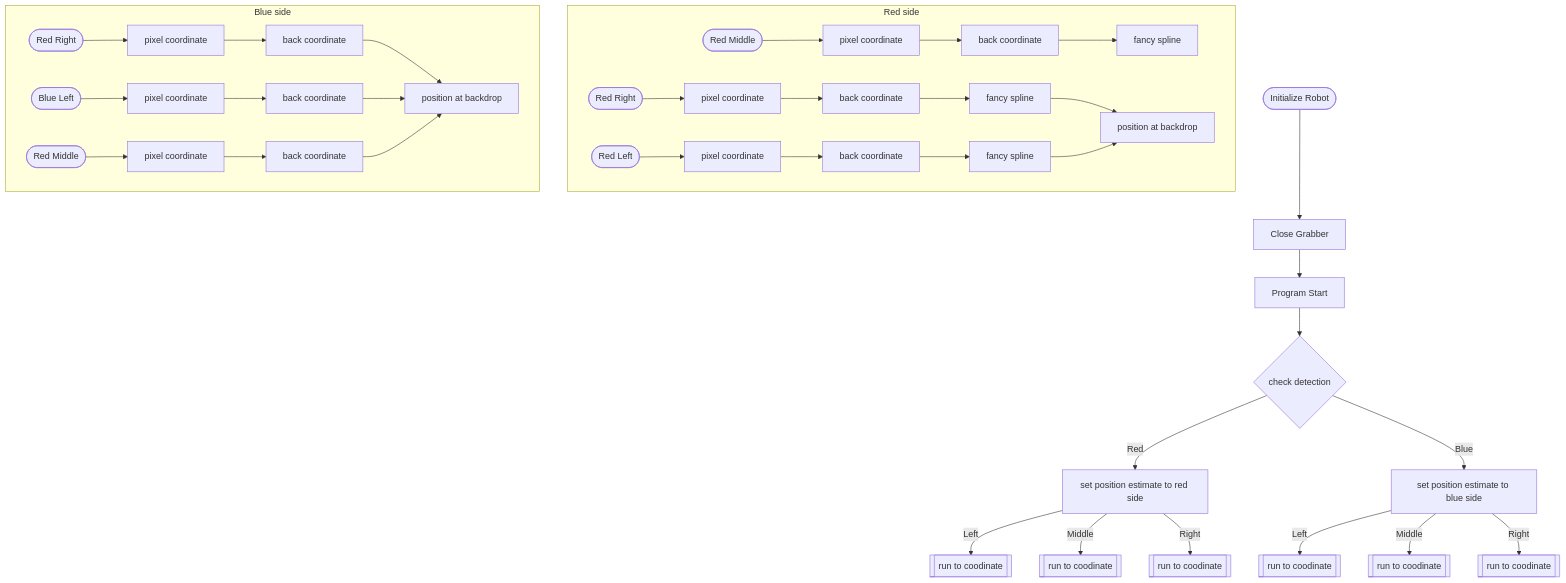
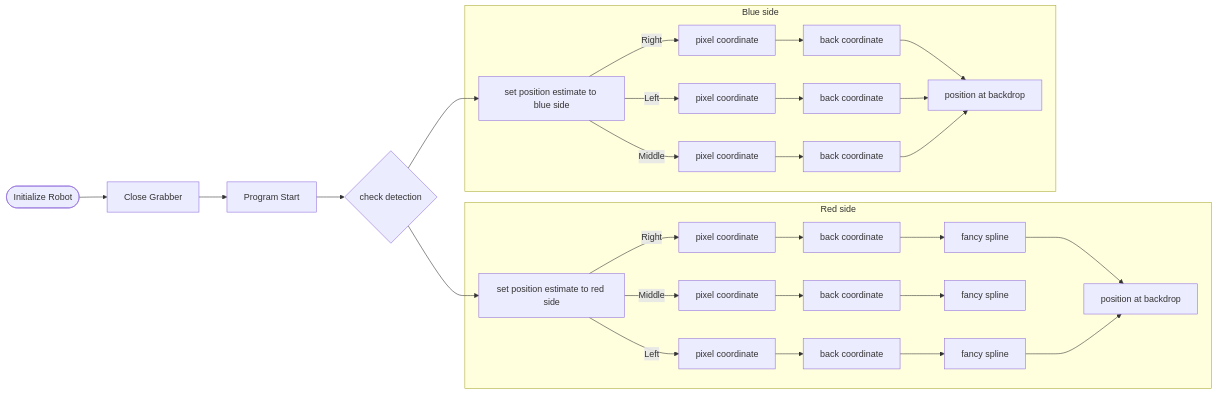
The diagram in README.md (MammothMCII/MammothMCIICenterStage18203), drawn with Mermaid before and after one commit.

Commit message:
Update README.md
Updated Vision Front flowchart

````diff
--- a/README.md
+++ b/README.md
@@ -18,45 +18,44 @@
 ```mermaid
-graph TD
+graph LR
 Initialize([Initialize Robot]) --> a[Close Grabber]
 a --> b[Program Start]
 b --> c{check detection}
-c -- Red --> d[set position estimate to red side]
-d -- Left --> rl[[run to coodinate]]
-d -- Middle --> rm[[run to coodinate]]
-d -- Right --> rr[[run to coodinate]]
 
-c -- Blue --> e[set position estimate to blue side]
-e -- Left --> bl[[run to coodinate]]
-e -- Middle --> bm[[run to coodinate]]
-e -- Right --> br[[run to coodinate]]
+c --> d[set position estimate to red side]
+c --> e[set position estimate to blue side]
 
 subgraph Red side
-RL([Red Left]) --> rl1[pixel coordinate]
-rl1 --> rl2[back coordinate]
+d -- Left --> RL
+d -- Middle --> RM
+d -- Right -->RR
+
+RL[pixel coordinate] --> rl2[back coordinate]
 rl2 --> rl3[fancy spline]
 
-RM([Red Middle]) --> rm1[pixel coordinate]
-rm1 --> rm2[back coordinate]
+RM[pixel coordinate] --> rm2[back coordinate]
 rm2 --> rm3[fancy spline]
 
-RR([Red Right]) --> rr1[pixel coordinate]
-rr1 --> rr2[back coordinate]
+RR[pixel coordinate] --> rr2[back coordinate]
 rr2 --> rr3[fancy spline]
 
 rr3 & rl3 --> f[position at backdrop]
 end
 
+
+
 subgraph Blue side
-BL([Blue Left]) --> bl1[pixel coordinate]
-bl1 --> bl3[back coordinate]
 
-BM([Red Middle]) --> bm1[pixel coordinate]
-bm1 --> bm3[back coordinate]
+e -- Left --> BL
+e -- Middle --> BM
+e -- Right --> BR
 
-BR([Red Right]) --> br1[pixel coordinate]
-br1 --> br3[back coordinate]
+BL[pixel coordinate] --> bl3[back coordinate]
+
+BM[pixel coordinate] --> bm3[back coordinate]
+
+BR[pixel coordinate] --> br3[back coordinate]
 
 br3 & bl3 & bm3 --> fb[position at backdrop]
 end
 
 ```
````
